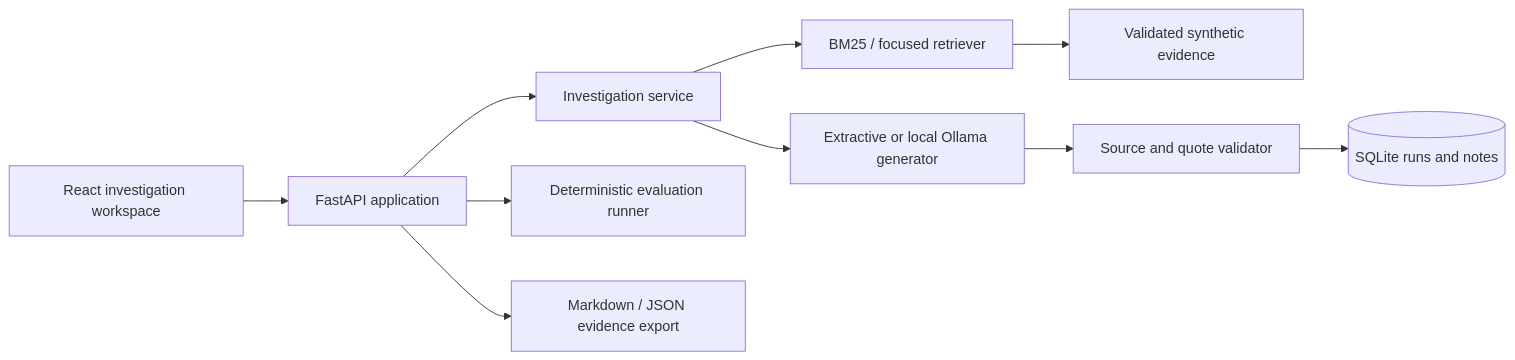
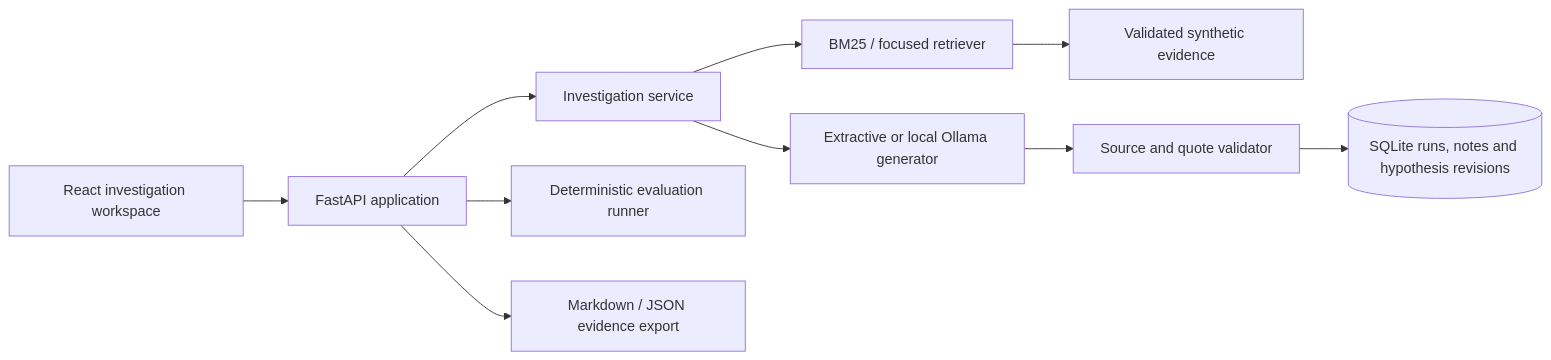
Before and after one commit to ripleyforge/proofline: the diagram in docs/ARCHITECTURE.md, drawn with Mermaid. The commit also changed other lines of this file and 8 other files, not shown here.

````diff
--- a/docs/ARCHITECTURE.md
+++ b/docs/ARCHITECTURE.md
@@ -3,12 +3,12 @@
 ```mermaid
 flowchart LR
   UI[React investigation workspace] --> API[FastAPI application]
   API --> Service[Investigation service]
   Service --> Retrieval[BM25 / focused retriever]
   Retrieval --> Corpus[Validated synthetic evidence]
   Service --> Generator[Extractive or local Ollama generator]
   Generator --> Validator[Source and quote validator]
-  Validator --> Store[(SQLite runs and notes)]
+  Validator --> Store[(SQLite runs, notes and hypothesis revisions)]
   API --> Eval[Deterministic evaluation runner]
   API --> Export[Markdown / JSON evidence export]
 ```
````
